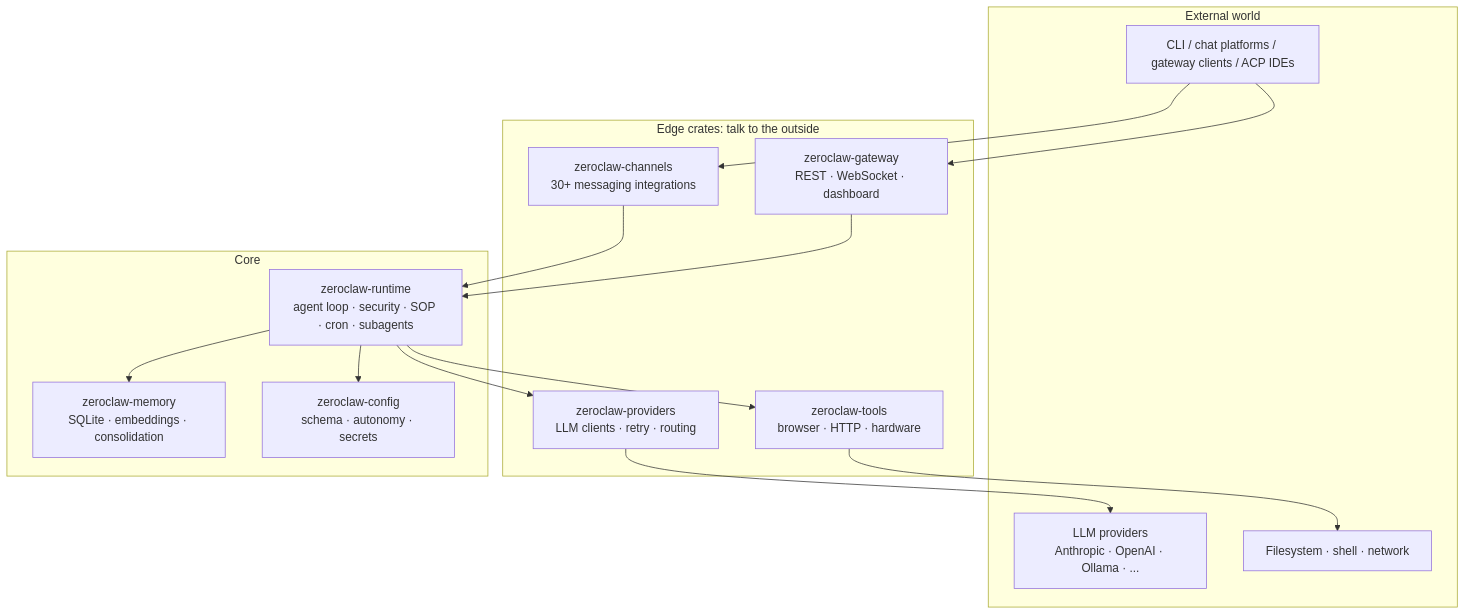
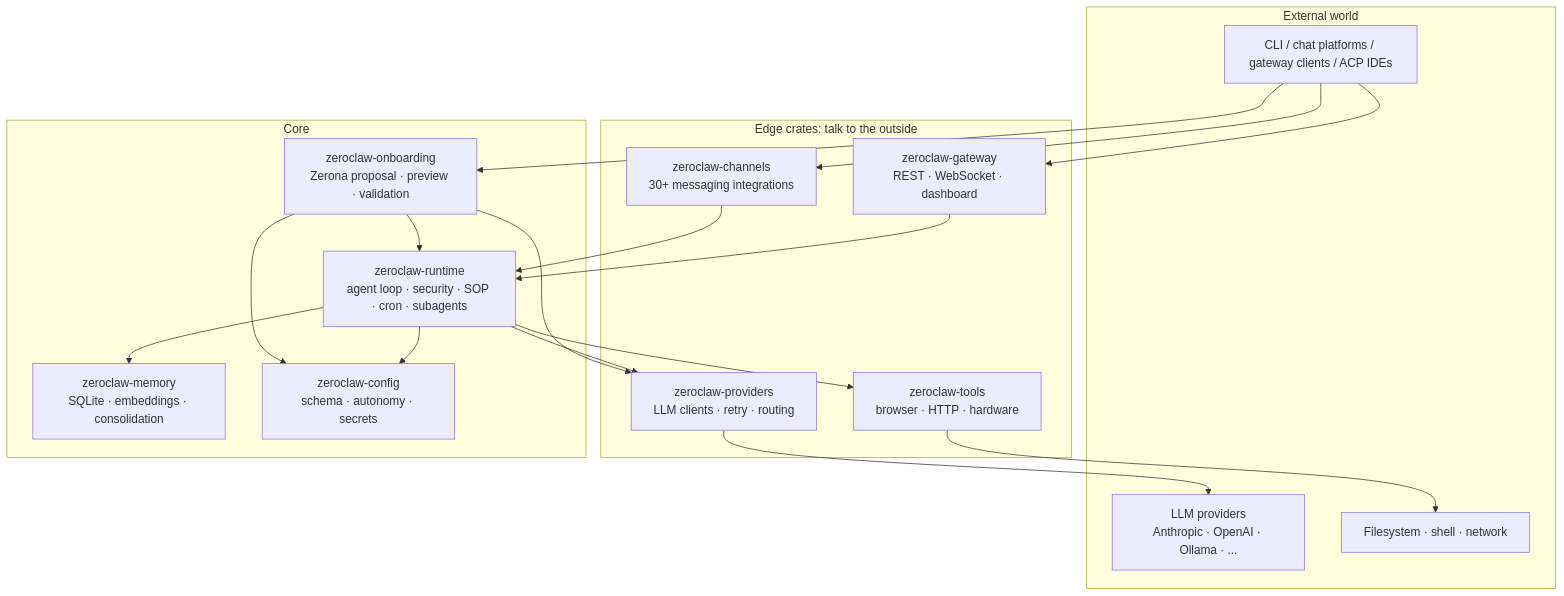
The first of 2 diagrams in docs/book/src/architecture/overview.md (JordanTheJet/zeroclaw), drawn with Mermaid before and after one commit. The commit also changed other lines of this file and 15 other files, not shown here.

First line of the commit message:
feat(onboarding): add capability-free Zerona core

````diff
--- a/docs/book/src/architecture/overview.md
+++ b/docs/book/src/architecture/overview.md
@@ -7,32 +7,37 @@
 ```mermaid
 flowchart TB
     subgraph External["External world"]
         UI["CLI / chat platforms / gateway clients / ACP IDEs"]
         LLM["LLM providers<br/>Anthropic · OpenAI · Ollama · ..."]
         FS["Filesystem · shell · network"]
     end
 
     subgraph Edges["Edge crates: talk to the outside"]
         CH["zeroclaw-channels<br/>30+ messaging integrations"]
         GW["zeroclaw-gateway<br/>REST · WebSocket · dashboard"]
         PR["zeroclaw-providers<br/>LLM clients · retry · routing"]
         TL["zeroclaw-tools<br/>browser · HTTP · hardware"]
     end
 
     subgraph Core["Core"]
+        ONB["zeroclaw-onboarding<br/>Zerona proposal · preview · validation"]
         RT["zeroclaw-runtime<br/>agent loop · security · SOP · cron · subagents"]
         MEM["zeroclaw-memory<br/>SQLite · embeddings · consolidation"]
         CFG["zeroclaw-config<br/>schema · autonomy · secrets"]
     end
 
+    UI --> ONB
     UI --> CH
     UI --> GW
     CH --> RT
     GW --> RT
+    ONB --> PR
+    ONB --> RT
+    ONB --> CFG
     RT --> PR
     RT --> TL
     RT --> MEM
     RT --> CFG
     PR --> LLM
     TL --> FS
 ```
````
